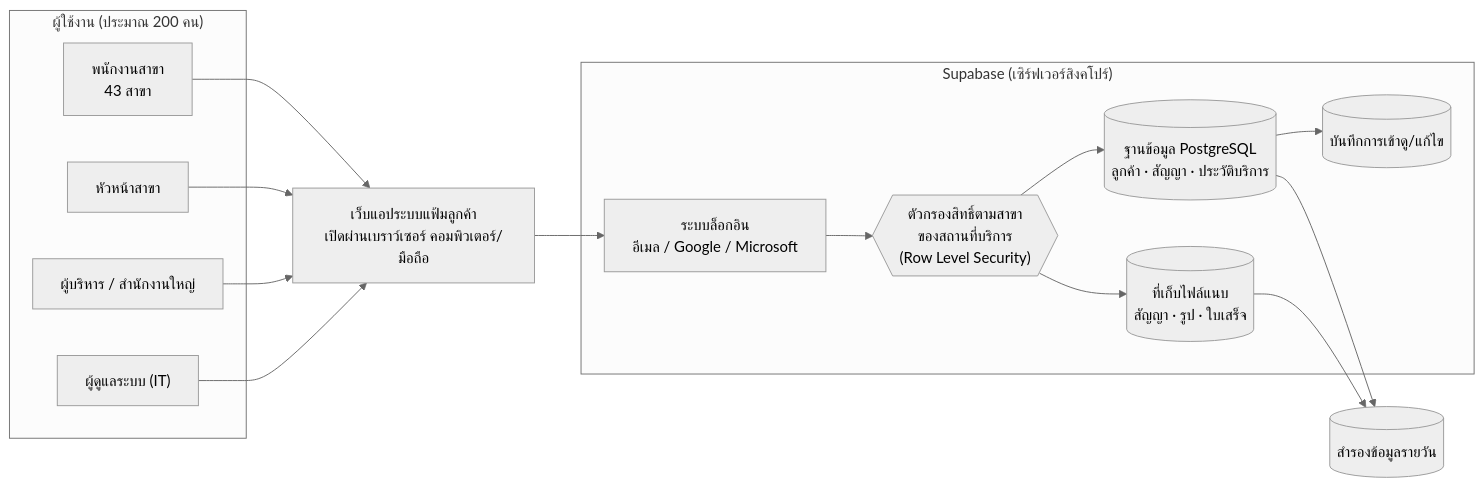
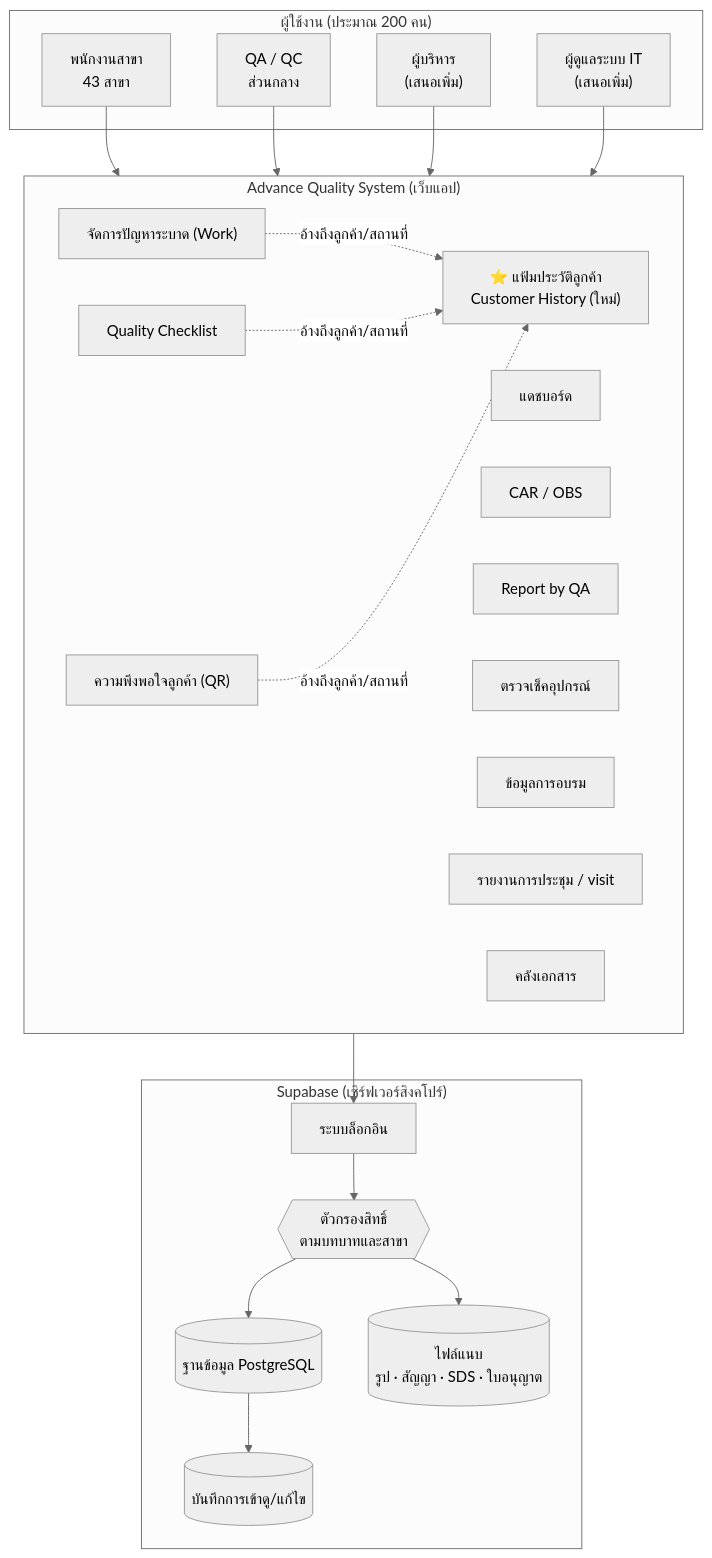
One commit to warayuthsema-alt/my-house-sh2401 changed the first of 12 diagrams in docs/research/2026-11-07-advance-group-asia-workflow-diagrams.md. Above: the diagram before and after it, drawn with Mermaid (neutral theme). The commit also changed other lines of this file and 1 other file, not shown here.

First line of the commit message:
Workflow diagrams v4: merge Customer History into Advance Quality System

````diff
--- a/docs/research/2026-11-07-advance-group-asia-workflow-diagrams.md
+++ b/docs/research/2026-11-07-advance-group-asia-workflow-diagrams.md
@@ -23,30 +19,37 @@
 ```mermaid
-flowchart LR
+flowchart TB
     subgraph USERS["ผู้ใช้งาน (ประมาณ 200 คน)"]
         U1["พนักงานสาขา<br/>43 สาขา"]
-        U2["หัวหน้าสาขา"]
-        U3["ผู้บริหาร / สำนักงานใหญ่"]
-        U4["ผู้ดูแลระบบ (IT)"]
+        U2["QA / QC<br/>ส่วนกลาง"]
+        U3["ผู้บริหาร<br/>(เสนอเพิ่ม)"]
+        U4["ผู้ดูแลระบบ IT<br/>(เสนอเพิ่ม)"]
     end
 
-    WEB["เว็บแอประบบแฟ้มลูกค้า<br/>เปิดผ่านเบราว์เซอร์ คอมพิวเตอร์/มือถือ"]
+    subgraph APP["Advance Quality System (เว็บแอป)"]
+        M0["⭐ แฟ้มประวัติลูกค้า<br/>Customer History (ใหม่)"]
+        M1["แดชบอร์ด"]
+        M2["CAR / OBS"]
+        M3["จัดการปัญหาระบาด (Work)"]
+        M4["Quality Checklist"]
+        M5["Report by QA"]
+        M6["ความพึงพอใจลูกค้า (QR)"]
+        M7["ตรวจเช็คอุปกรณ์"]
+        M8["ข้อมูลการอบรม"]
+        M9["รายงานการประชุม / visit"]
+        M10["คลังเอกสาร"]
+    end
 
     subgraph SB["Supabase (เซิร์ฟเวอร์สิงคโปร์)"]
-        AUTH["ระบบล็อกอิน<br/>อีเมล / Google / Microsoft"]
-        DB[("ฐานข้อมูล PostgreSQL<br/>ลูกค้า · สัญญา · ประวัติบริการ")]
-        RLS{{"ตัวกรองสิทธิ์ตามสาขา<br/>ของสถานที่บริการ<br/>(Row Level Security)"}}
-        FILES[("ที่เก็บไฟล์แนบ<br/>สัญญา · รูป · ใบเสร็จ")]
+        AUTH["ระบบล็อกอิน"]
+        RLS{{"ตัวกรองสิทธิ์<br/>ตามบทบาทและสาขา"}}
+        DB[("ฐานข้อมูล PostgreSQL")]
+        FILES[("ไฟล์แนบ<br/>รูป · สัญญา · SDS · ใบอนุญาต")]
         LOG[("บันทึกการเข้าดู/แก้ไข")]
     end
 
-    BK[("สำรองข้อมูลรายวัน")]
-
-    U1 & U2 & U3 & U4 --> WEB
-    WEB --> AUTH
-    AUTH --> RLS
-    RLS --> DB
-    RLS --> FILES
+    U1 & U2 & U3 & U4 --> APP
+    APP --> AUTH --> RLS
+    RLS --> DB & FILES
     DB --> LOG
-    DB --> BK
-    FILES --> BK
+    M3 & M4 & M6 -. "อ้างถึงลูกค้า/สถานที่" .-> M0
 ```
````
